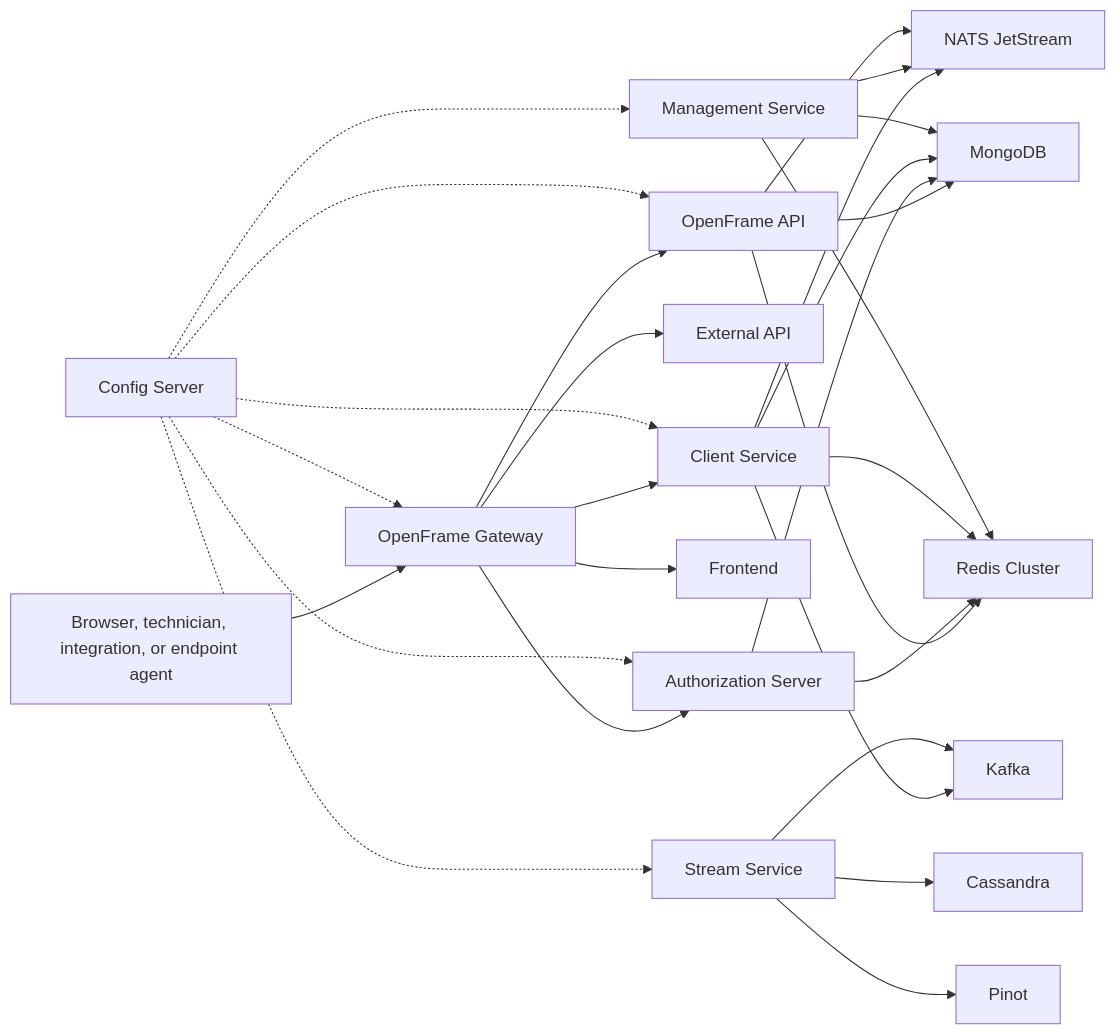
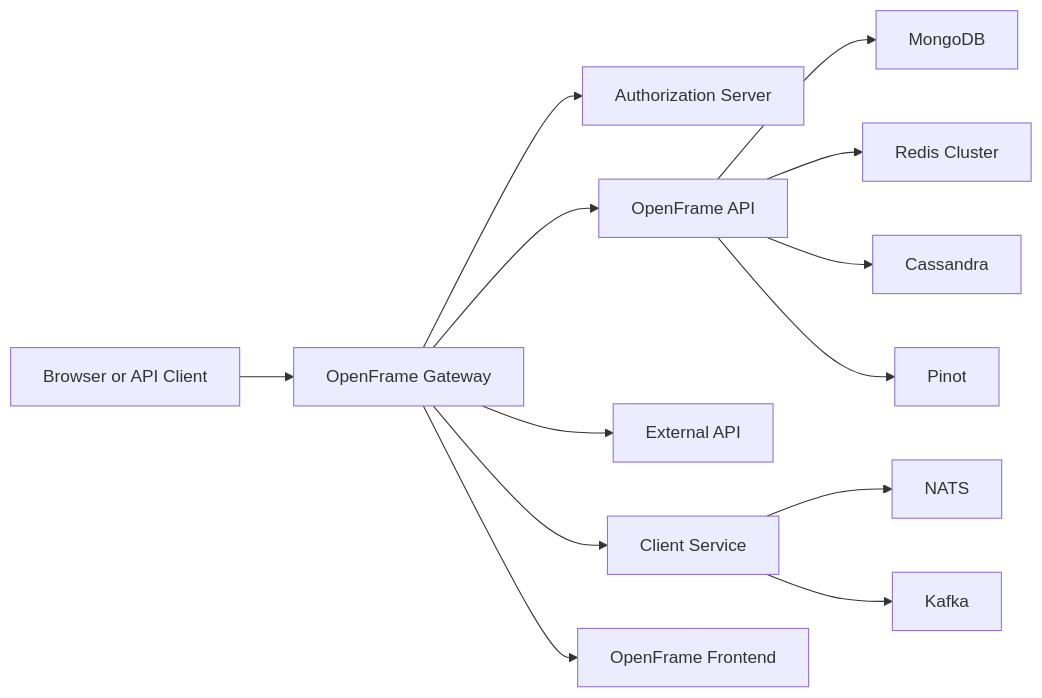
The second of 2 diagrams in docs/getting-started/quick-start.md (flamingo-stack/openframe-oss-tenant), drawn with Mermaid before and after one commit. The commit also changed other lines of this file and 2377 other files, not shown here.

````diff
--- a/docs/getting-started/quick-start.md
+++ b/docs/getting-started/quick-start.md
@@ -181,30 +111,15 @@
 ```mermaid
 flowchart LR
-    User["Browser, technician, integration, or endpoint agent"] --> Gateway["OpenFrame Gateway"]
+    User["Browser or API Client"] --> Gateway["OpenFrame Gateway"]
     Gateway --> Auth["Authorization Server"]
     Gateway --> Api["OpenFrame API"]
     Gateway --> ExternalApi["External API"]
-    Gateway --> Client["Client Service"]
-    Gateway --> Frontend["Frontend"]
-    Config["Config Server"] -.-> Api
-    Config -.-> Auth
-    Config -.-> Client
-    Config -.-> Gateway
-    Config -.-> Management
-    Config -.-> Stream
-    Client --> Nats["NATS JetStream"]
-    Management --> Nats
-    Api --> Nats
-    Client --> Kafka["Kafka"]
-    Stream["Stream Service"] --> Kafka
-    Stream --> Cassandra["Cassandra"]
-    Stream --> Pinot["Pinot"]
+    Gateway --> ClientService["Client Service"]
+    Gateway --> Frontend["OpenFrame Frontend"]
     Api --> Mongo["MongoDB"]
-    Auth --> Mongo
-    Client --> Mongo
-    Management["Management Service"] --> Mongo
     Api --> Redis["Redis Cluster"]
-    Auth --> Redis
-    Client --> Redis
-    Management --> Redis
+    Api --> Cassandra["Cassandra"]
+    Api --> Pinot["Pinot"]
+    ClientService --> Nats["NATS"]
+    ClientService --> Kafka["Kafka"]
 ```
````
